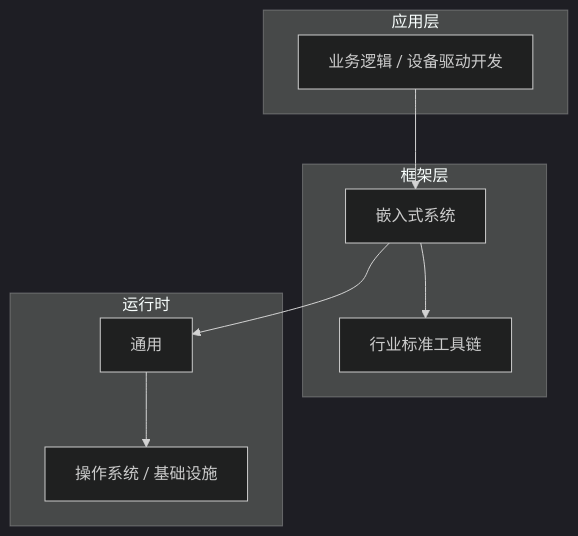
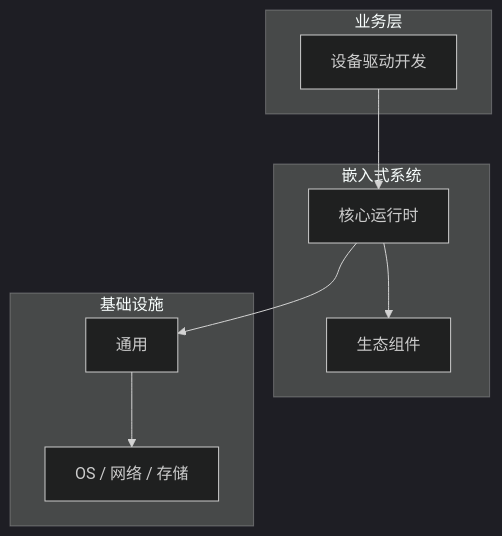
The diagram in articles/嵌入式系统/chapters/031-设备驱动开发核心概念与原理.md (yanggan2015/knowledge-json-v2), drawn with Mermaid (dark theme) before and after one commit. The commit also changed other lines of this file and 10127 other files, not shown here.

````diff
--- a/articles/嵌入式系统/chapters/031-设备驱动开发核心概念与原理.md
+++ b/articles/嵌入式系统/chapters/031-设备驱动开发核心概念与原理.md
@@ -45,18 +34,18 @@
 ```mermaid
 graph TB
-    subgraph 应用层
-        A[业务逻辑 / 设备驱动开发]
+    subgraph 业务层
+        A[设备驱动开发]
     end
-    subgraph 框架层
-        B[嵌入式系统]
-        C[行业标准工具链]
+    subgraph 嵌入式系统
+        B[核心运行时]
+        C[生态组件]
     end
-    subgraph 运行时
+    subgraph 基础设施
         D[通用]
-        E[操作系统 / 基础设施]
+        E[OS / 网络 / 存储]
     end
     A --> B
     B --> C
     B --> D
     D --> E
 ```
````
